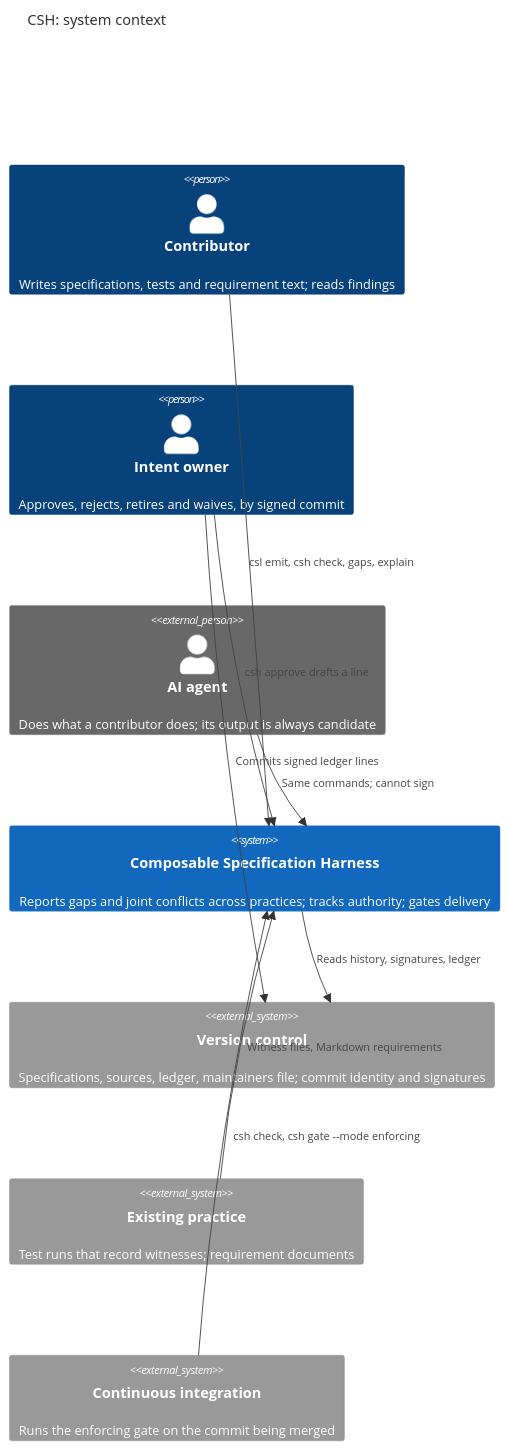
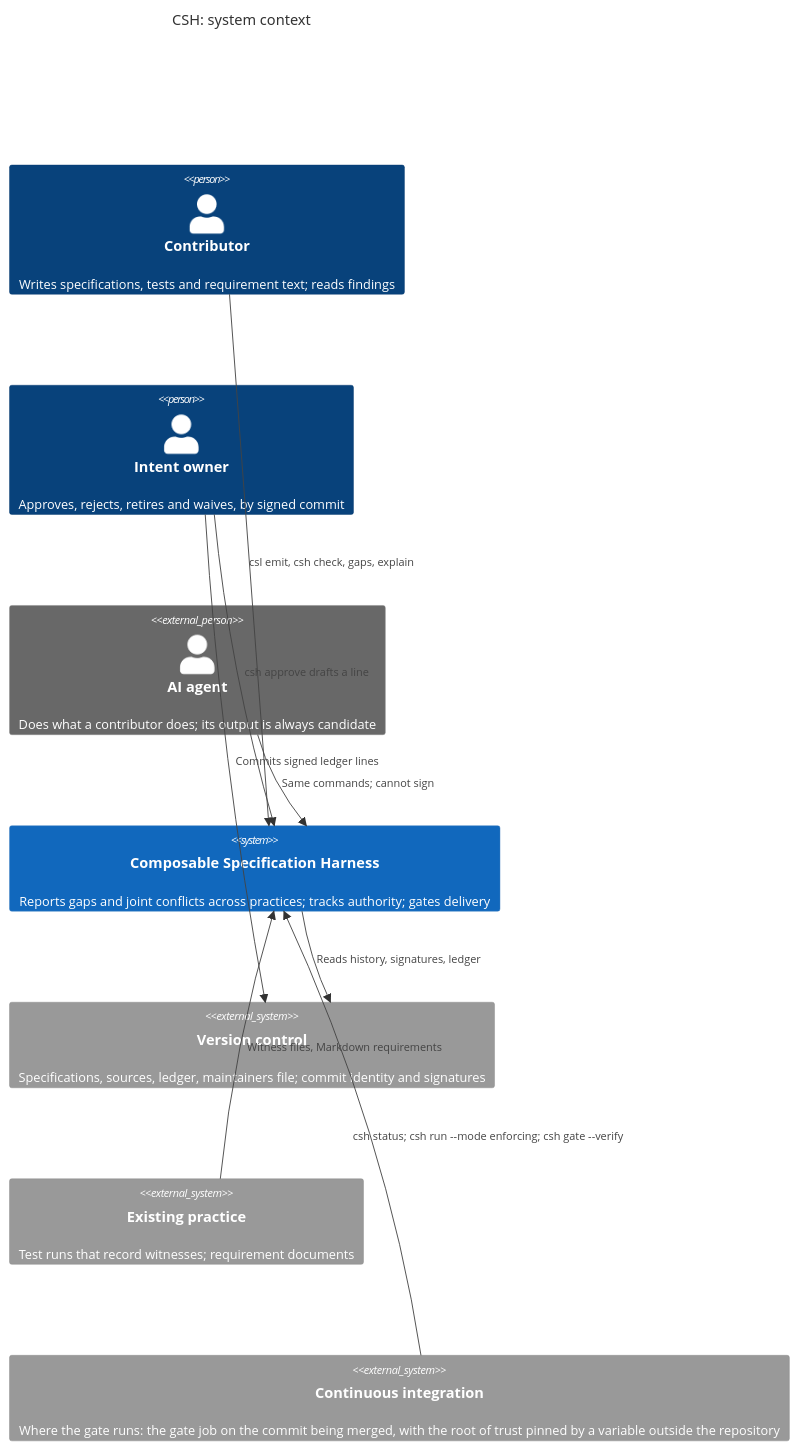
The diagram in docs/architecture/context.mmd (lgriffin/CSH), drawn with Mermaid before and after one commit. The commit also changed 23 other files, not shown here.

First line of the commit message:
Stage 17: authority made real (csh status, the CI gate job, the owner's runbook)

```diff
--- a/docs/architecture/context.mmd
+++ b/docs/architecture/context.mmd
@@ -1,17 +1,17 @@
 %% C4 level 1: system context (Architecture tab, section 1).
 C4Context
   title CSH: system context
   Person(contributor, "Contributor", "Writes specifications, tests and requirement text; reads findings")
   Person(owner, "Intent owner", "Approves, rejects, retires and waives, by signed commit")
   Person_Ext(agent, "AI agent", "Does what a contributor does; its output is always candidate")
   System(csh, "Composable Specification Harness", "Reports gaps and joint conflicts across practices; tracks authority; gates delivery")
   System_Ext(vcs, "Version control", "Specifications, sources, ledger, maintainers file; commit identity and signatures")
   System_Ext(practice, "Existing practice", "Test runs that record witnesses; requirement documents")
-  System_Ext(ci, "Continuous integration", "Runs the enforcing gate on the commit being merged")
+  System_Ext(ci, "Continuous integration", "Where the gate runs: the gate job on the commit being merged, with the root of trust pinned by a variable outside the repository")
   Rel(contributor, csh, "csl emit, csh check, gaps, explain")
   Rel(agent, csh, "Same commands; cannot sign")
   Rel(owner, vcs, "Commits signed ledger lines")
   Rel(owner, csh, "csh approve drafts a line")
   Rel(csh, vcs, "Reads history, signatures, ledger")
   Rel(practice, csh, "Witness files, Markdown requirements")
-  Rel(ci, csh, "csh check, csh gate --mode enforcing")
+  Rel(ci, csh, "csh status; csh run --mode enforcing; csh gate --verify")
```
